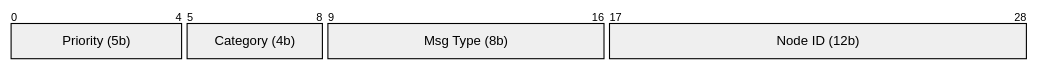
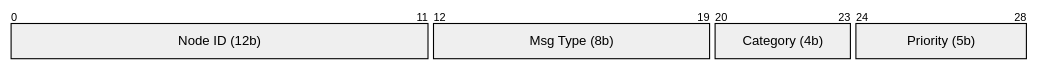
The second of 5 diagrams in documents/spec/can-protocol.md (embedded-pro/can-lite), drawn with Mermaid before and after one commit. The commit also changed other lines of this file and 73 other files, not shown here.

````diff
--- a/documents/spec/can-protocol.md
+++ b/documents/spec/can-protocol.md
@@ -114,7 +135,7 @@
 ```mermaid
 packet-beta
-  0-4: "Priority (5b)"
-  5-8: "Category (4b)"
-  9-16: "Msg Type (8b)"
-  17-28: "Node ID (12b)"
+  0-11: "Node ID (12b)"
+  12-19: "Msg Type (8b)"
+  20-23: "Category (4b)"
+  24-28: "Priority (5b)"
 ```
````
